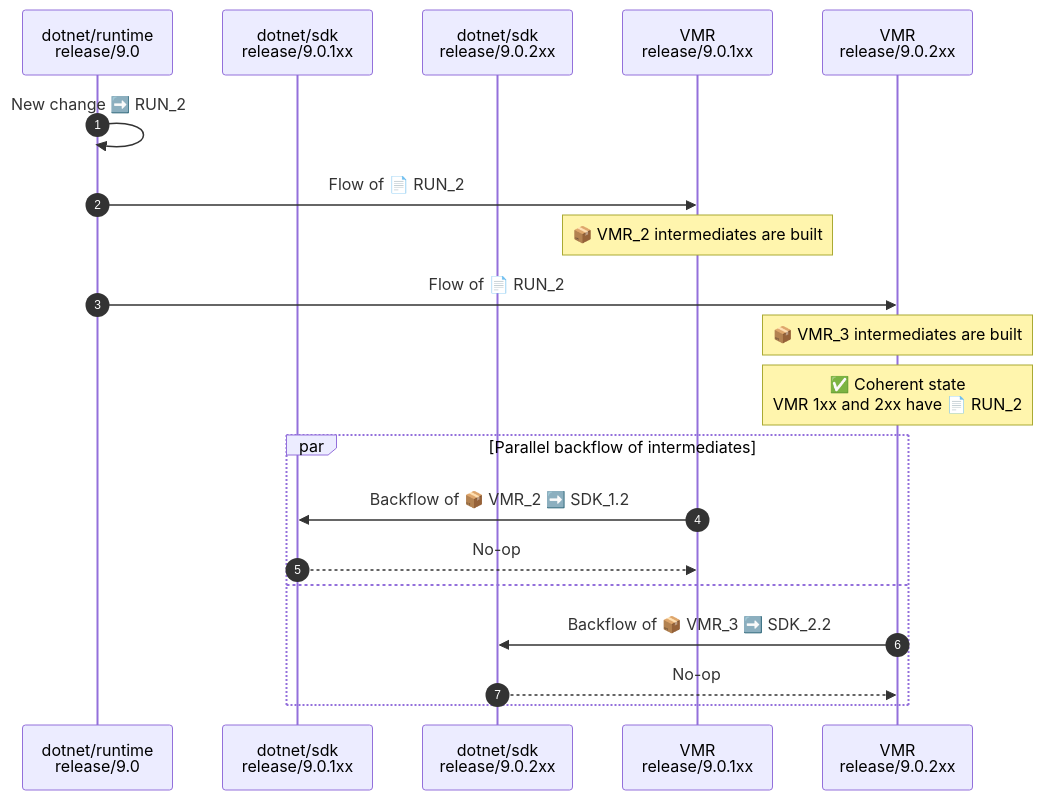
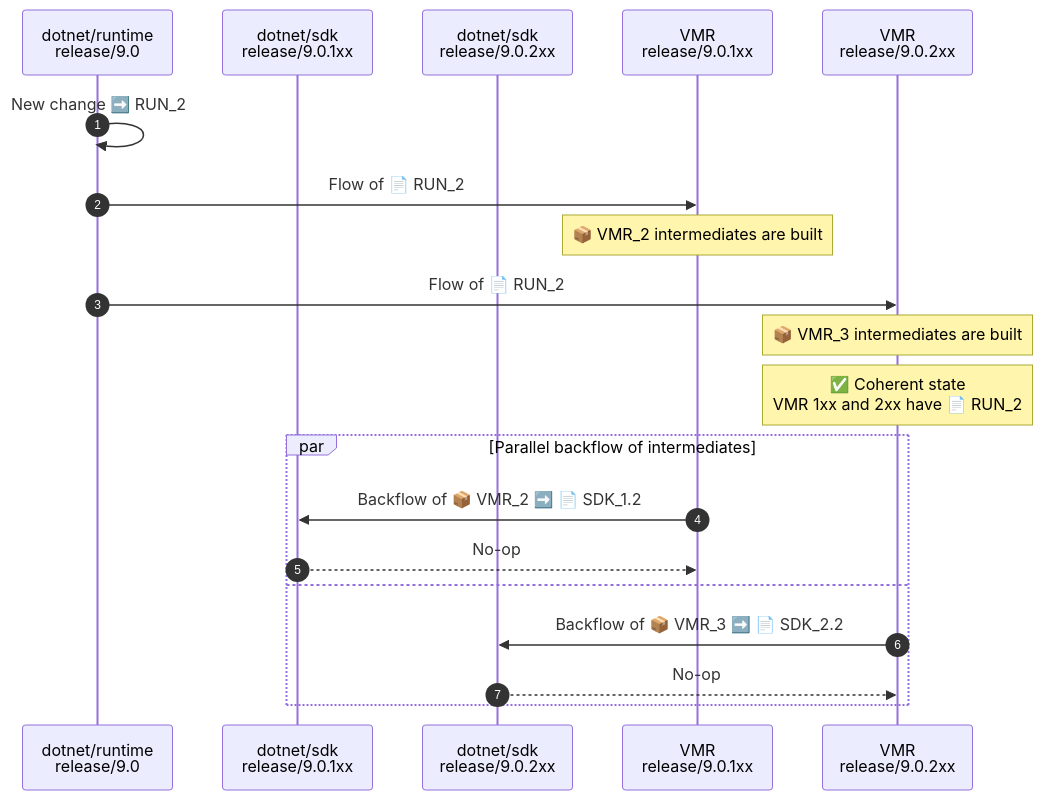
Before and after one commit to dotnet/arcade: the first of 2 diagrams in Documentation/UnifiedBuild/VMR-Managing-SDK-Bands-SDK-branches.md, drawn with Mermaid. The commit also changed 1 other file, not shown here.

Commit message:
Add Release and Implementation complexity sections

````diff
--- a/Documentation/UnifiedBuild/VMR-Managing-SDK-Bands-SDK-branches.md
+++ b/Documentation/UnifiedBuild/VMR-Managing-SDK-Bands-SDK-branches.md
@@ -79,27 +79,27 @@
 ```mermaid
 sequenceDiagram
     autonumber
 
     participant runtime as dotnet/runtime<br />release/9.0
     participant SDK_1xx as dotnet/sdk<br />release/9.0.1xx
     participant SDK_2xx as dotnet/sdk<br />release/9.0.2xx
     participant VMR_1xx as VMR<br />release/9.0.1xx
     participant VMR_2xx as VMR<br />release/9.0.2xx
 
     runtime->>runtime: New change ➡️ RUN_2
 
     runtime->>VMR_1xx: Flow of 📄 RUN_2
     Note over VMR_1xx: 📦 VMR_2 intermediates are built
     runtime->>VMR_2xx: Flow of 📄 RUN_2
     Note over VMR_2xx: 📦 VMR_3 intermediates are built
 
     Note over VMR_2xx: ✅ Coherent state<br />VMR 1xx and 2xx have 📄 RUN_2
 
     par Parallel backflow of intermediates
-        VMR_1xx->>SDK_1xx: Backflow of 📦 VMR_2 ➡️ SDK_1.2
+        VMR_1xx->>SDK_1xx: Backflow of 📦 VMR_2 ➡️ 📄 SDK_1.2
         SDK_1xx-->>VMR_1xx: No-op
     and
-        VMR_2xx->>SDK_2xx: Backflow of 📦 VMR_3 ➡️ SDK_2.2
+        VMR_2xx->>SDK_2xx: Backflow of 📦 VMR_3 ➡️ 📄 SDK_2.2
         SDK_2xx-->>VMR_2xx: No-op
     end
 ```
````
